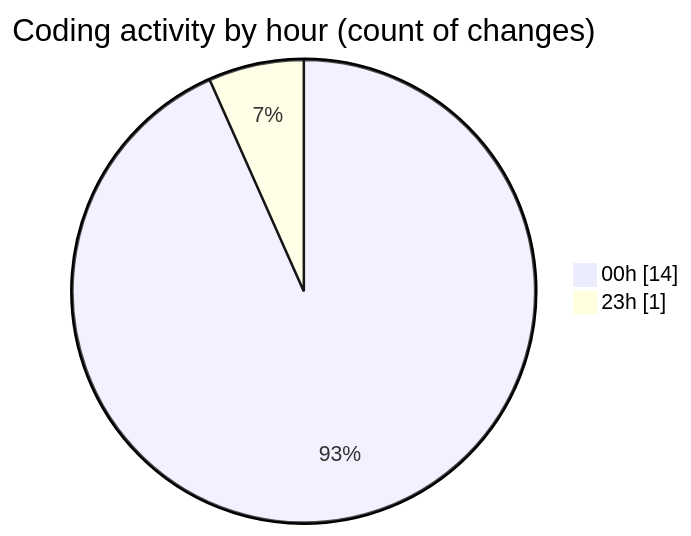
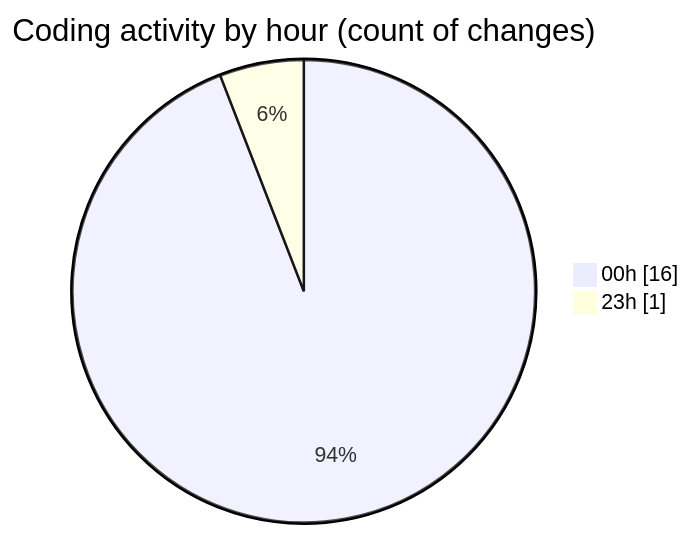
The second of 2 diagrams in 2025-01-02/uber_clone/README.md (donsfak/code-tracking), drawn with Mermaid before and after one commit. The commit also changed other lines of this file and 1 other file, not shown here.

````diff
--- a/2025-01-02/uber_clone/README.md
+++ b/2025-01-02/uber_clone/README.md
@@ -29,6 +29,6 @@
 ```mermaid
 pie showData
 title Coding activity by hour (count of changes)
-"00h" : 14
+"00h" : 16
 "23h" : 1
 ```
````
